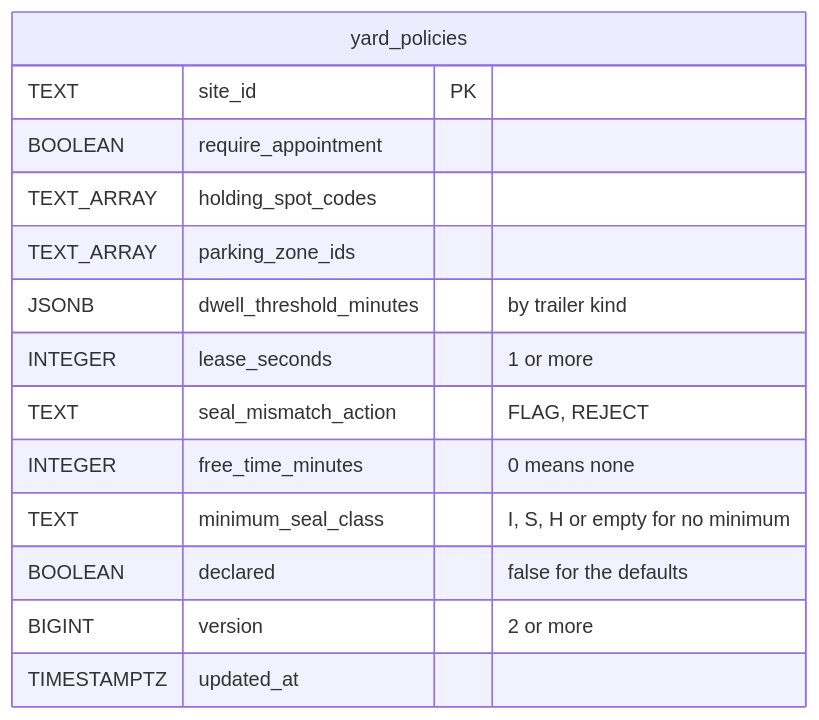
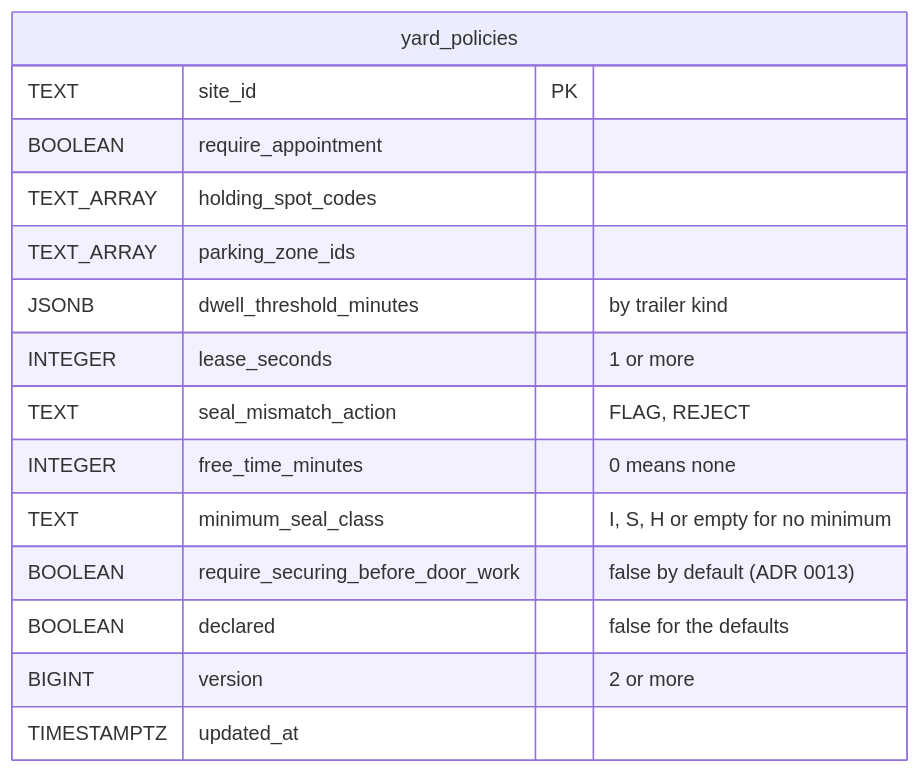
Before and after one commit to IQVO/yard-management: the fifth of 8 diagrams in docs/docs/ddd/entity-relationship.md, drawn with Mermaid. The commit also changed other lines of this file and 123 other files, not shown here.

````diff
--- a/docs/docs/ddd/entity-relationship.md
+++ b/docs/docs/ddd/entity-relationship.md
@@ -143,18 +146,19 @@
 ```mermaid
 erDiagram
     direction LR
     yard_policies {
         TEXT site_id PK
         BOOLEAN require_appointment
         TEXT_ARRAY holding_spot_codes
         TEXT_ARRAY parking_zone_ids
         JSONB dwell_threshold_minutes "by trailer kind"
         INTEGER lease_seconds "1 or more"
         TEXT seal_mismatch_action "FLAG, REJECT"
         INTEGER free_time_minutes "0 means none"
         TEXT minimum_seal_class "I, S, H or empty for no minimum"
+        BOOLEAN require_securing_before_door_work "false by default (ADR 0013)"
         BOOLEAN declared "false for the defaults"
         BIGINT version "2 or more"
         TIMESTAMPTZ updated_at
     }
 ```
````
